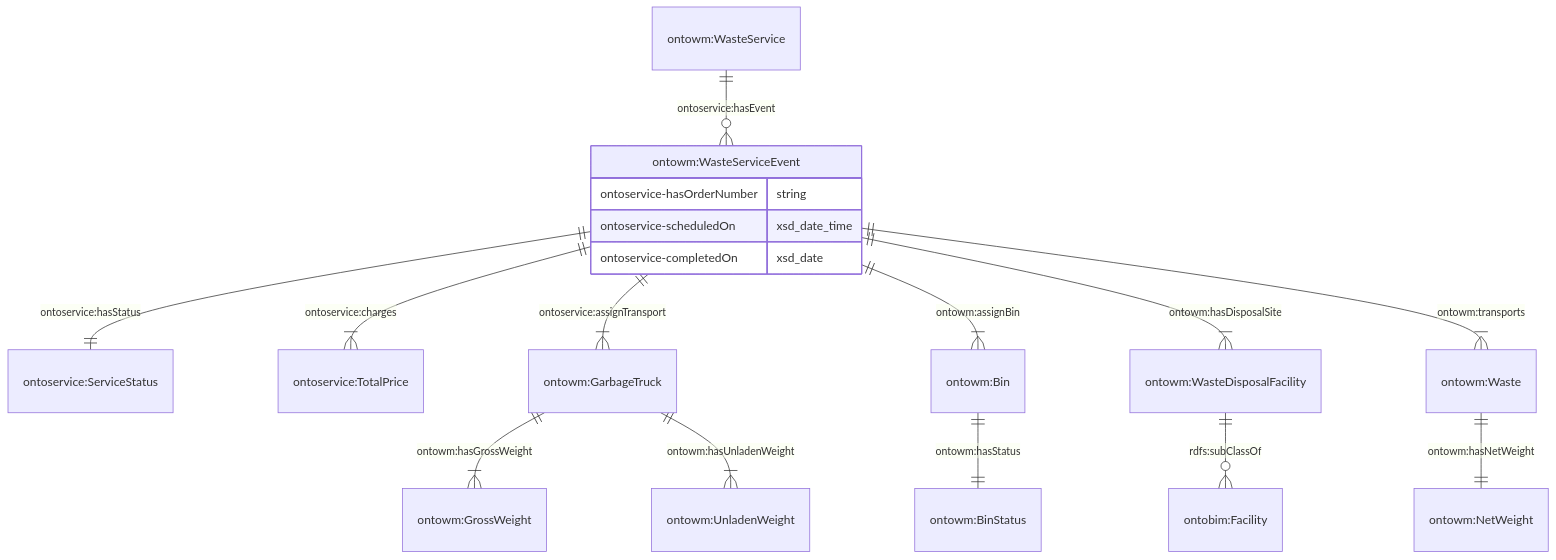
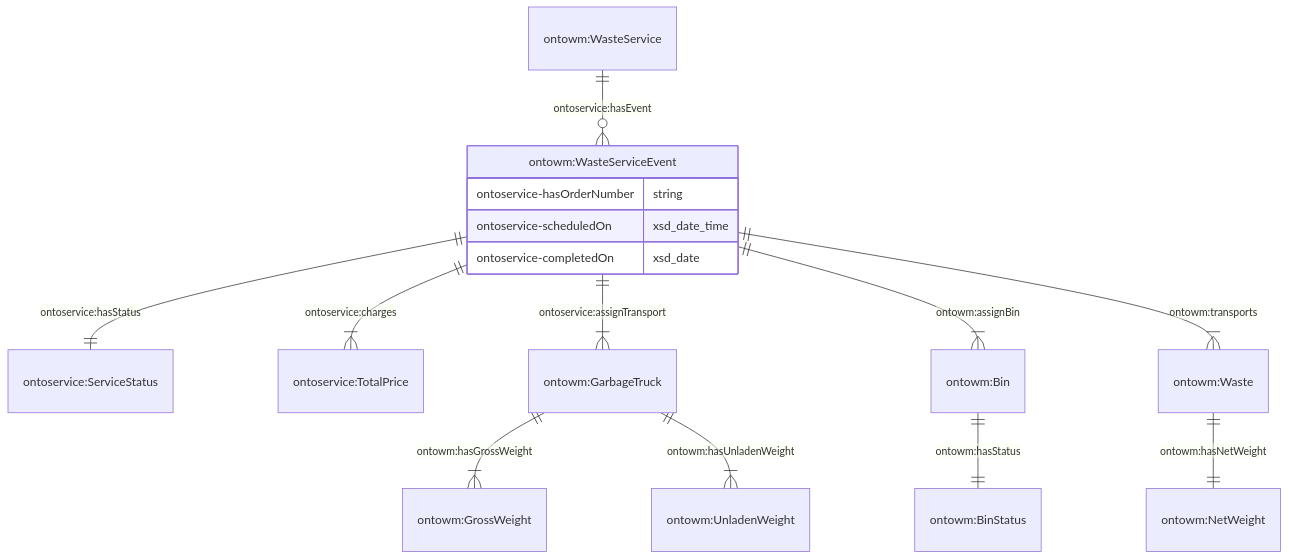
Before and after one commit to cambridge-cares/TheWorldAvatar: the third of 8 diagrams in JPS_Ontology/ontology/ontowastemanagement/README.md, drawn with Mermaid. The commit also changed 2 other files, not shown here.

Commit message:
dev-ontowastemanagement: Move waste disposal site to waste service

````diff
--- a/JPS_Ontology/ontology/ontowastemanagement/README.md
+++ b/JPS_Ontology/ontology/ontowastemanagement/README.md
@@ -170,25 +172,23 @@
 ```mermaid
     erDiagram
     "ontowm:WasteService" ||--o{ "ontowm:WasteServiceEvent" : "ontoservice:hasEvent"
+
     "ontowm:WasteServiceEvent" ||--|| "ontoservice:ServiceStatus" : "ontoservice:hasStatus"
     "ontowm:WasteServiceEvent" ||--|{ "ontoservice:TotalPrice" : "ontoservice:charges"
     "ontowm:WasteServiceEvent" ||--|{ "ontowm:GarbageTruck" : "ontoservice:assignTransport"
 
     "ontowm:WasteServiceEvent" ||--|{ "ontowm:Bin" : "ontowm:assignBin"
     "ontowm:Bin" ||--|| "ontowm:BinStatus" : "ontowm:hasStatus"
-
-    "ontowm:WasteServiceEvent" ||--|{ "ontowm:WasteDisposalFacility" : "ontowm:hasDisposalSite"
-    "ontowm:WasteDisposalFacility" ||--o{ "ontobim:Facility" : "rdfs:subClassOf"
 
     "ontowm:WasteServiceEvent" ||--|{ "ontowm:Waste" : "ontowm:transports"
     "ontowm:Waste" ||--|| "ontowm:NetWeight" : "ontowm:hasNetWeight"
 
     "ontowm:GarbageTruck" ||--|{ "ontowm:GrossWeight" : "ontowm:hasGrossWeight"
     "ontowm:GarbageTruck" ||--|{ "ontowm:UnladenWeight" : "ontowm:hasUnladenWeight"
 
     "ontowm:WasteServiceEvent" {
         ontoservice-hasOrderNumber string
         ontoservice-scheduledOn xsd_date_time
         ontoservice-completedOn xsd_date
     }
 ```
````
